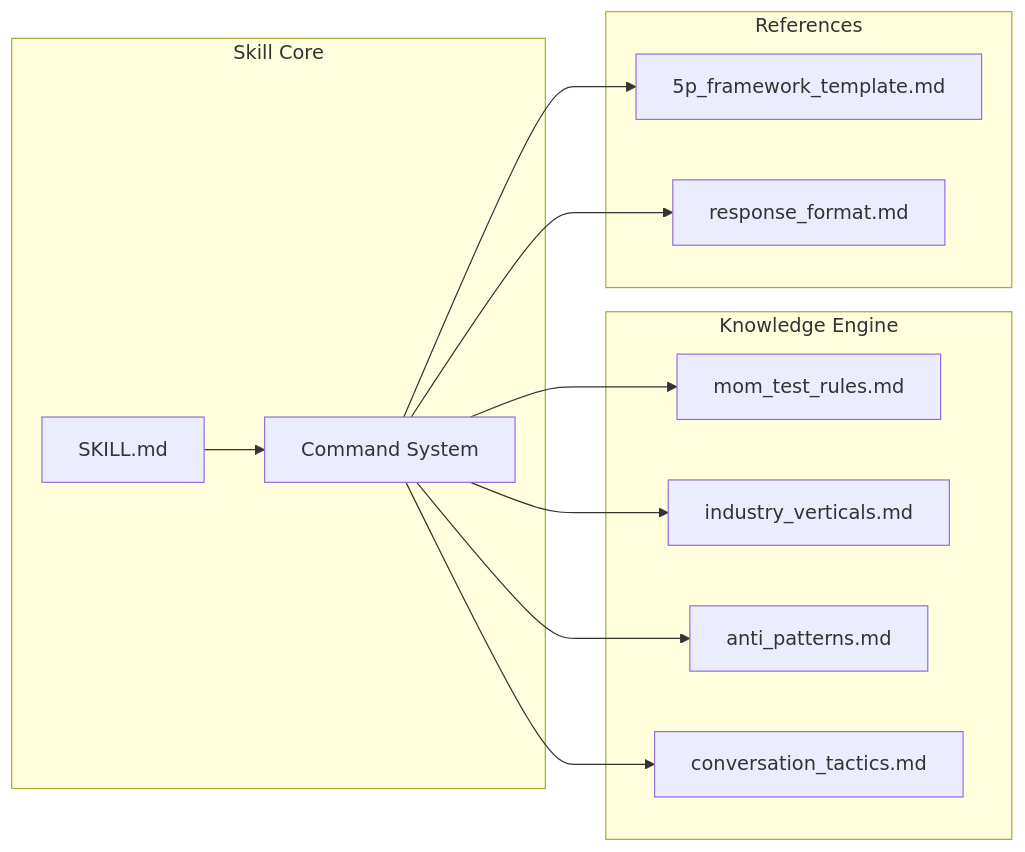
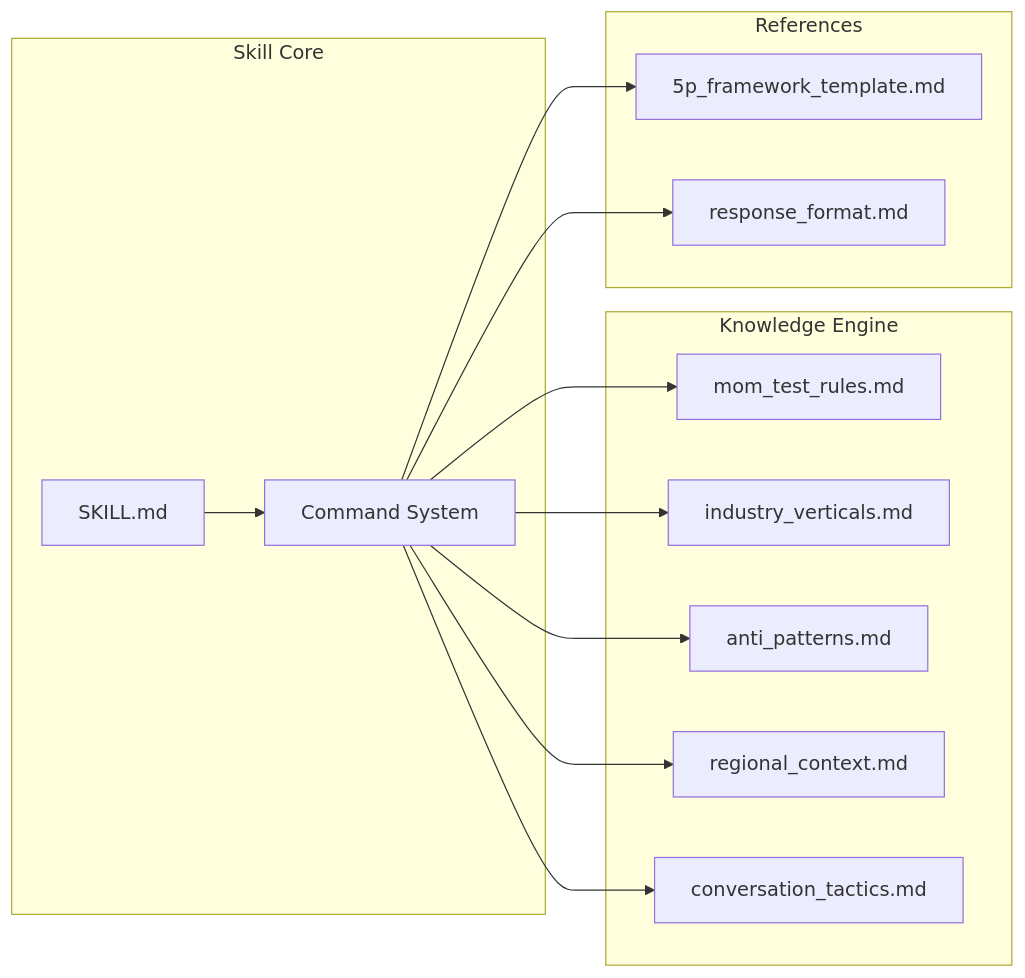
Before and after one commit to datht-work/PersonaTwin-skill: the diagram in .agents/skills/personatwin/README-vi.md, drawn with Mermaid. The commit also changed other lines of this file and 18 other files, not shown here.

````diff
--- a/.agents/skills/personatwin/README-vi.md
+++ b/.agents/skills/personatwin/README-vi.md
@@ -30,18 +48,19 @@
 ```mermaid
 graph LR
     subgraph Skill Core
         A[SKILL.md] --> B[Command System]
     end
     subgraph Knowledge Engine
         C[mom_test_rules.md]
         D[industry_verticals.md]
         E[anti_patterns.md]
-        F[conversation_tactics.md]
+        F[regional_context.md]
+        M[conversation_tactics.md]
     end
     subgraph References
         G[5p_framework_template.md]
         H[response_format.md]
     end
-    B --> C & D & E & F
+    B --> C & D & E & F & M
     B --> G & H
 ```
````
